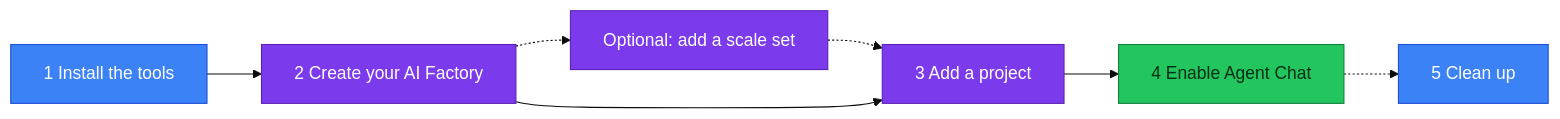
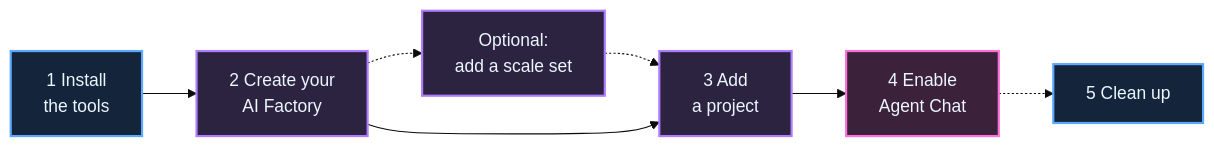
One commit to jostrm/azure-enterprise-scale-ml changed the diagram in documentation/v2/20-29/24-end-2-end-setup.md. Above: the diagram before and after it, drawn with Mermaid (base theme). The commit also changed 13 other files, not shown here.

First line of the commit message:
docs: four ways to describe the Factory, Back links, onion-colored diagrams

````diff
--- a/documentation/v2/20-29/24-end-2-end-setup.md
+++ b/documentation/v2/20-29/24-end-2-end-setup.md
@@ -21,10 +21,10 @@
 ```mermaid
 flowchart LR
-  A[1 Install the tools]:::neutral --> B[2 Create your AI Factory]:::factory
-  B -.-> S[Optional: add a scale set]:::factory -.-> C
-  B --> C[3 Add a project]:::factory --> D[4 Enable Agent Chat]:::good
-  D -.-> E[5 Clean up]:::neutral
-  classDef factory fill:#7c3aed,stroke:#5b21b6,color:#ffffff
-  classDef good fill:#22c55e,stroke:#15803d,color:#052e16
-  classDef neutral fill:#3b82f6,stroke:#1d4ed8,color:#ffffff
+  A[1 Install<br/>the tools]:::blue --> B[2 Create your<br/>AI Factory]:::purple
+  B -.-> S[Optional:<br/>add a scale set]:::purple -.-> C
+  B --> C[3 Add<br/>a project]:::purple --> D[4 Enable<br/>Agent Chat]:::pink
+  D -.-> E[5 Clean up]:::blue
+  classDef blue fill:#14243A,stroke:#5AA9FF,stroke-width:2px,color:#ECF6FF
+  classDef purple fill:#2C2341,stroke:#B07CFF,stroke-width:2px,color:#ECF6FF
+  classDef pink fill:#3C213A,stroke:#FF6FD8,stroke-width:2px,color:#ECF6FF
 ```
````
